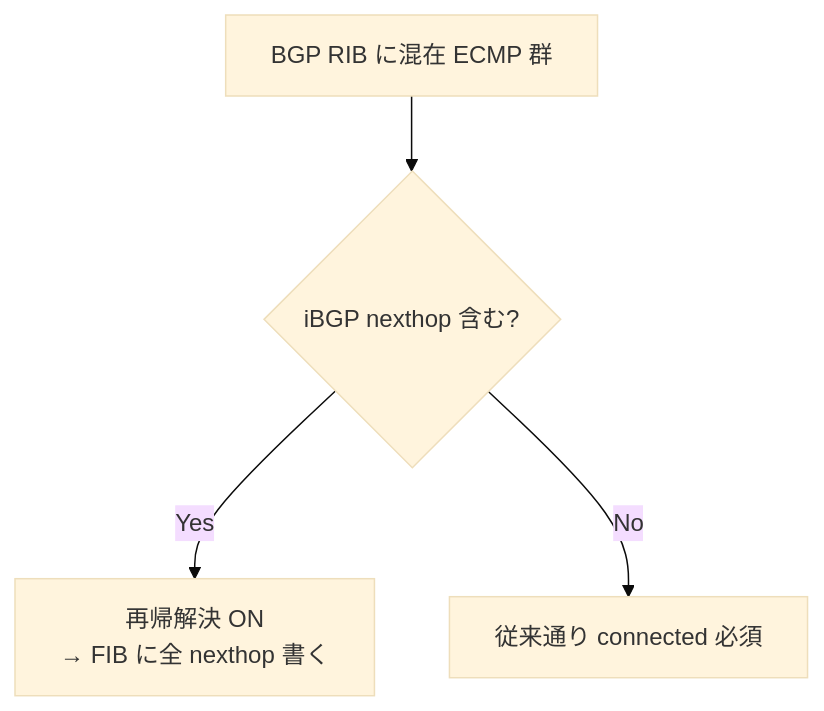
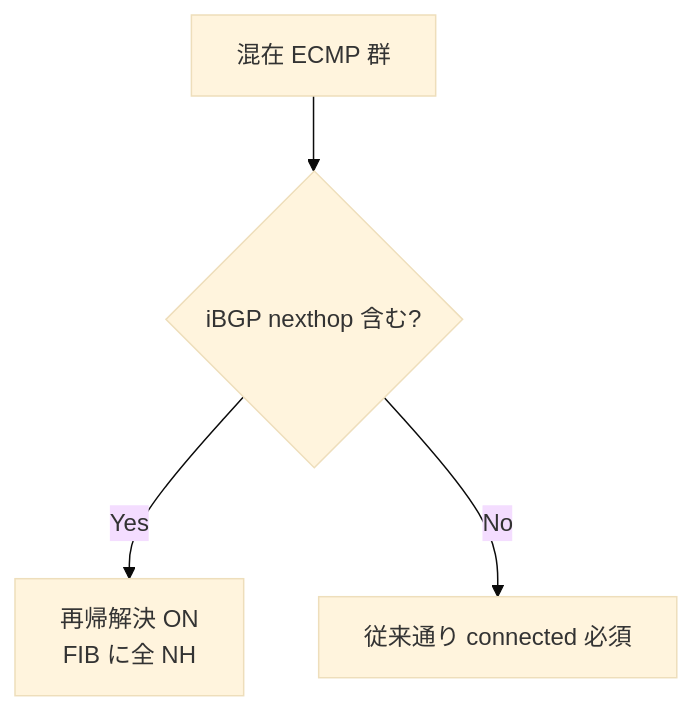
Before and after one commit to aoki-taquan/sonic-unofficial-docs: the second of 2 diagrams in docs/routing/bgp-setup-for-voq-chassis.md, drawn with Mermaid (base theme). The commit also changed other lines of this file and 4 other files, not shown here.

````diff
--- a/docs/routing/bgp-setup-for-voq-chassis.md
+++ b/docs/routing/bgp-setup-for-voq-chassis.md
@@ -82,6 +78,6 @@
 ```mermaid
 flowchart TD
-  RIB[BGP RIB に混在 ECMP 群] --> CHK{iBGP nexthop 含む?}
-  CHK -->|Yes| REC[再帰解決 ON\n→ FIB に全 nexthop 書く]
+  RIB[混在 ECMP 群] --> CHK{iBGP nexthop 含む?}
+  CHK -->|Yes| REC[再帰解決 ON<br/>FIB に全 NH]
   CHK -->|No| DEF[従来通り connected 必須]
 ```
````
